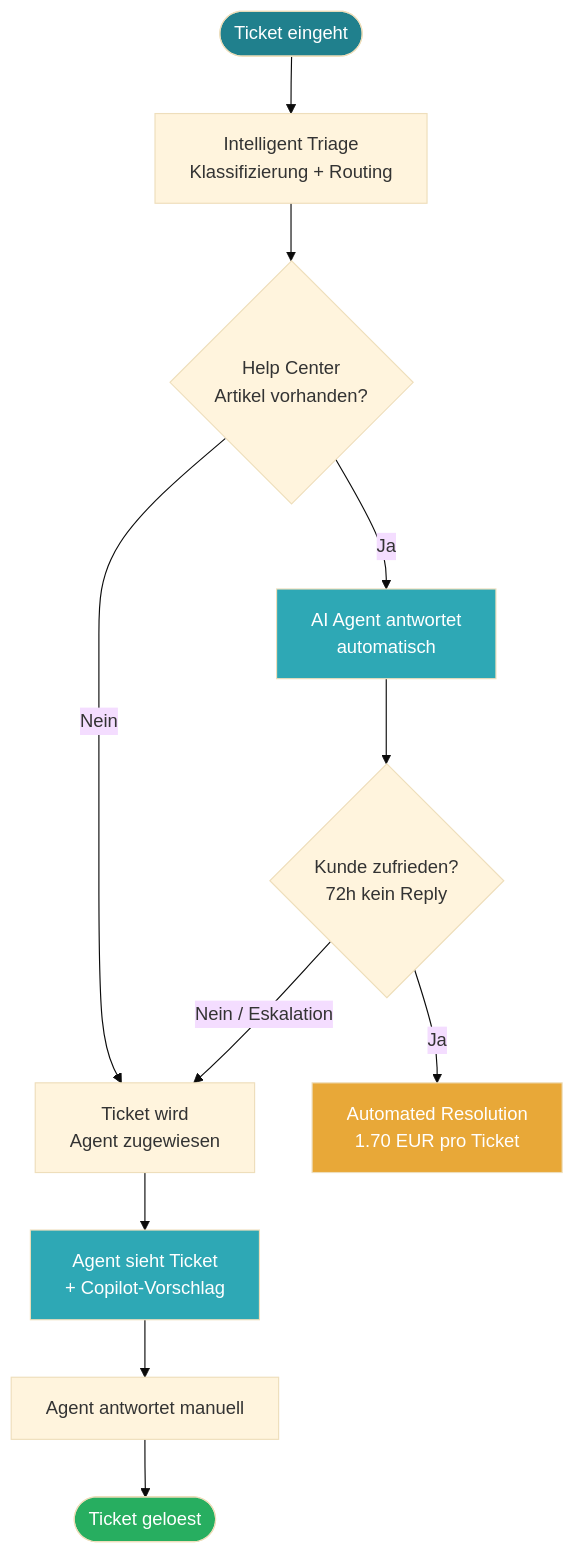
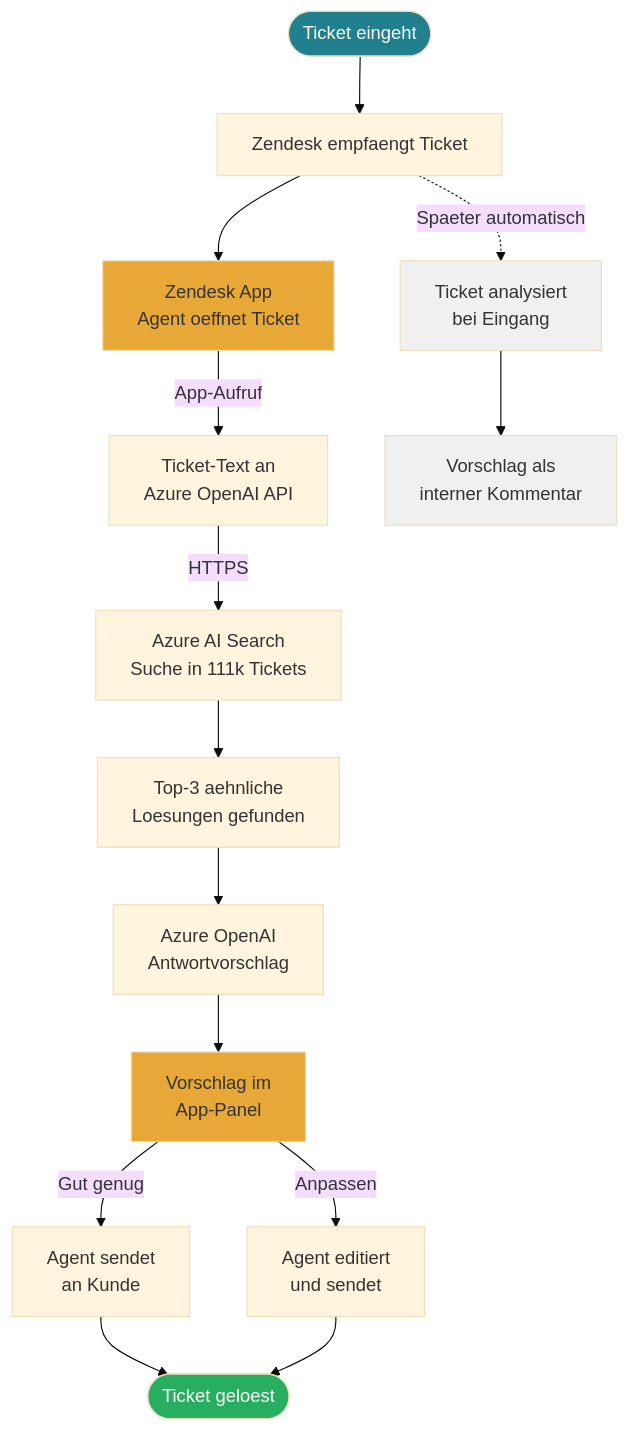
The first of 11 diagrams in readme.md (tekknix/zendesk-ai), drawn with Mermaid (base theme) before and after one commit. The commit also changed other lines of this file, not shown here.

````diff
--- a/readme.md
+++ b/readme.md
@@ -12,19 +12,24 @@
 ```mermaid
 flowchart TD
-    A([Ticket eingeht]) --> B[Intelligent Triage<br>Klassifizierung + Routing]
-    B --> C{Help Center<br>Artikel vorhanden?}
-    C -->|Ja| D[AI Agent antwortet<br>automatisch]
-    C -->|Nein| E[Ticket wird<br>Agent zugewiesen]
-    D --> F{Kunde zufrieden?<br>72h kein Reply}
-    F -->|Ja| G[Automated Resolution<br>1.70 EUR pro Ticket]
-    F -->|Nein / Eskalation| E
-    E --> H[Agent sieht Ticket<br>+ Copilot-Vorschlag]
-    H --> I[Agent antwortet manuell]
-    I --> J([Ticket geloest])
+    A([Ticket eingeht]) --> B[Zendesk empfaengt Ticket]
+    B --> C[Zendesk App<br>Agent oeffnet Ticket]
+    C -->|App-Aufruf| D[Ticket-Text an<br>Azure OpenAI API]
+    D -->|HTTPS| E[Azure AI Search<br>Suche in 111k Tickets]
+    E --> F[Top-3 aehnliche<br>Loesungen gefunden]
+    F --> G[Azure OpenAI<br>Antwortvorschlag]
+    G --> H[Vorschlag im<br>App-Panel]
+    H -->|Gut genug| I[Agent sendet<br>an Kunde]
+    H -->|Anpassen| K[Agent editiert<br>und sendet]
+    I --> L([Ticket geloest])
+    K --> L
+
+    B -.->|Spaeter automatisch| M[Ticket analysiert<br>bei Eingang]
+    M --> N[Vorschlag als<br>interner Kommentar]
 
     style A fill:#20808D,color:#fff
-    style G fill:#E8A838,color:#fff
-    style J fill:#27AE60,color:#fff
-    style D fill:#2EA8B5,color:#fff
-    style H fill:#2EA8B5,color:#fff
+    style C fill:#E8A838,color:#333
+    style H fill:#E8A838,color:#333
+    style L fill:#27AE60,color:#fff
+    style M fill:#f0f0f0,color:#333
+    style N fill:#f0f0f0,color:#333
 ```
````
